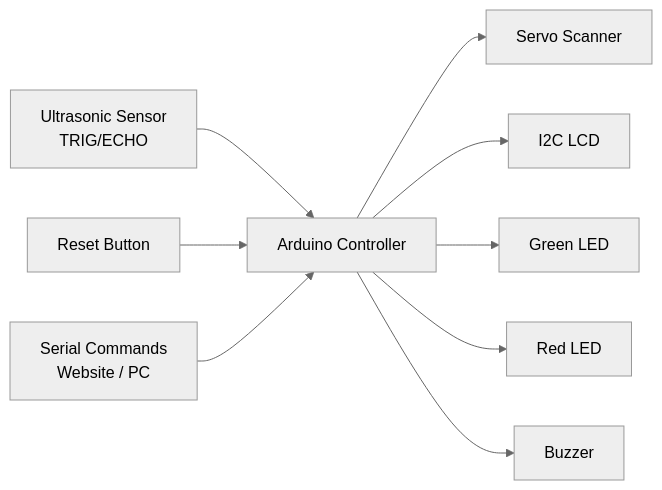
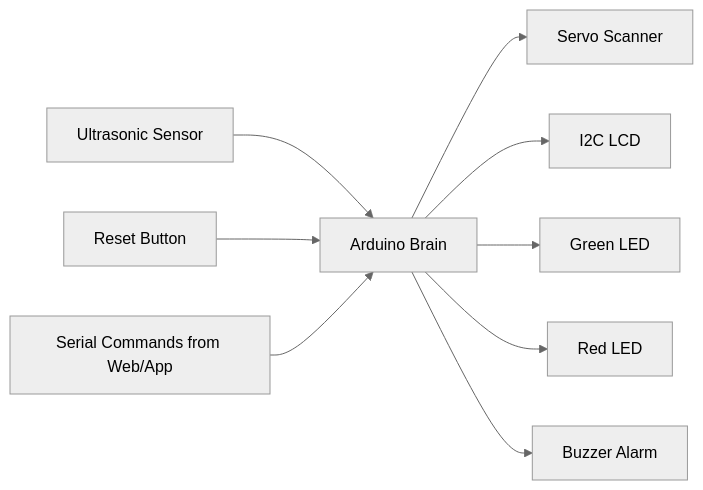
The first of 2 diagrams in README.md (Naman2641/SEAMS), drawn with Mermaid (neutral theme) before and after one commit. The commit also changed other lines of this file, not shown here.

````diff
--- a/README.md
+++ b/README.md
@@ -76,11 +45,11 @@
 ```mermaid
 flowchart LR
-    A[Ultrasonic Sensor\nTRIG/ECHO] --> B[Arduino Controller]
+    A[Ultrasonic Sensor] --> B[Arduino Brain]
     C[Reset Button] --> B
-    D[Serial Commands\nWebsite / PC] --> B
+    D[Serial Commands from Web/App] --> B
     B --> E[Servo Scanner]
     B --> F[I2C LCD]
     B --> G[Green LED]
     B --> H[Red LED]
-    B --> I[Buzzer]
+    B --> I[Buzzer Alarm]
 ```
````
